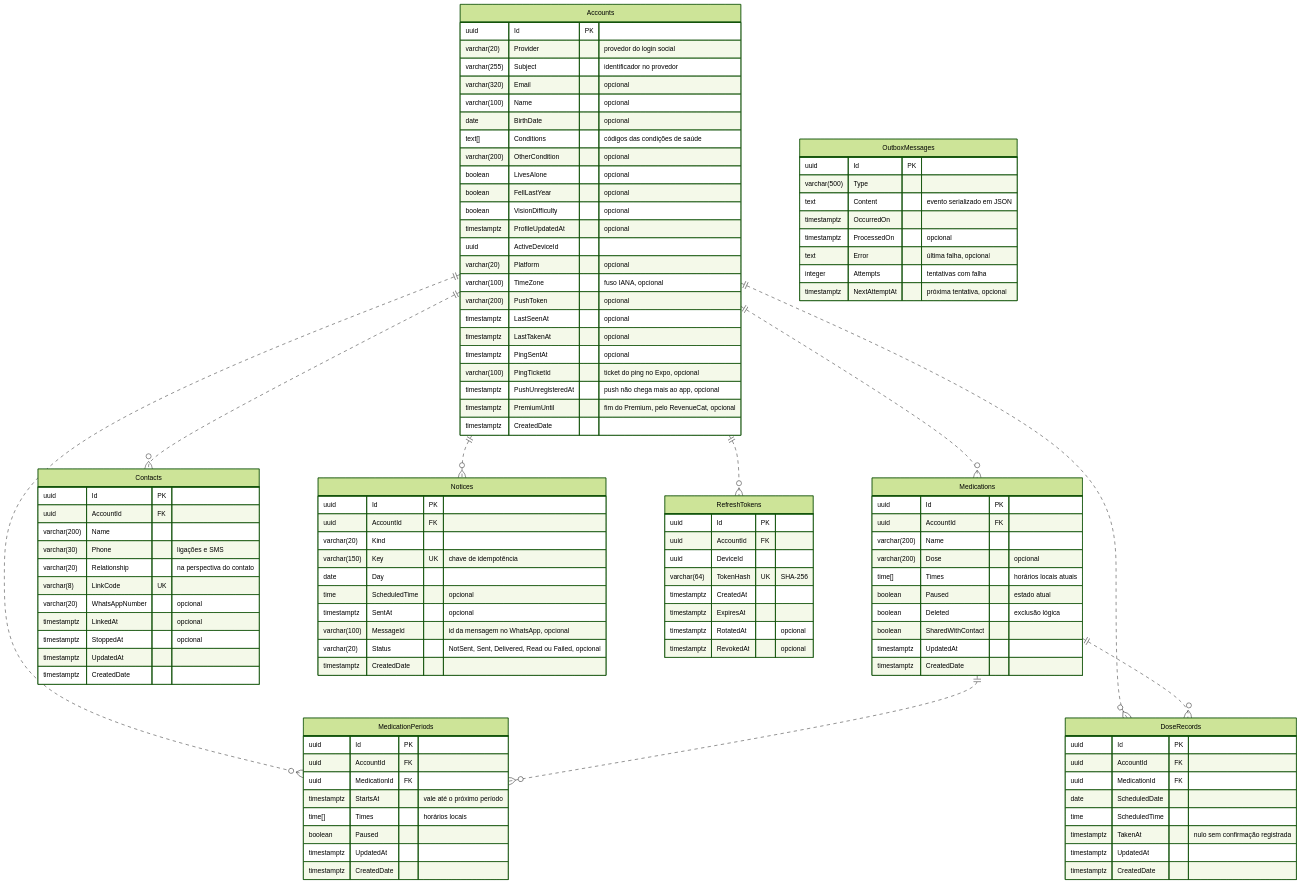
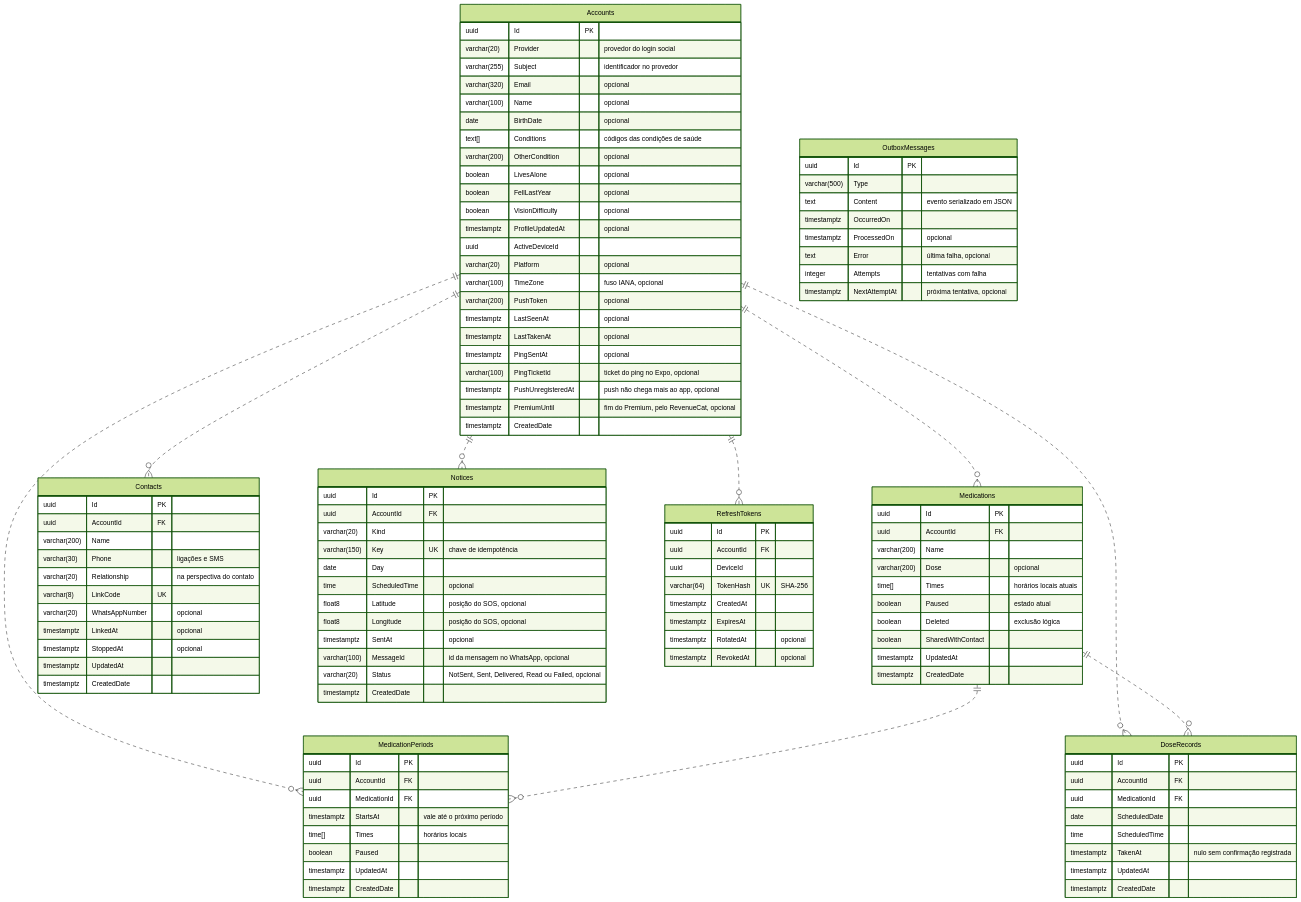
One commit to revo-solutions/cmi changed the diagram in docs/database.md. Above: the diagram before and after it, drawn with Mermaid (forest theme). The commit also changed 28 other files, not shown here.

```diff
--- a/docs/database.md
+++ b/docs/database.md
@@ -96,6 +96,8 @@
         varchar(150) Key UK "chave de idempotência"
         date Day
         time ScheduledTime "opcional"
+        float8 Latitude "posição do SOS, opcional"
+        float8 Longitude "posição do SOS, opcional"
         timestamptz SentAt "opcional"
         varchar(100) MessageId "id da mensagem no WhatsApp, opcional"
         varchar(20) Status "NotSent, Sent, Delivered, Read ou Failed, opcional"
```
